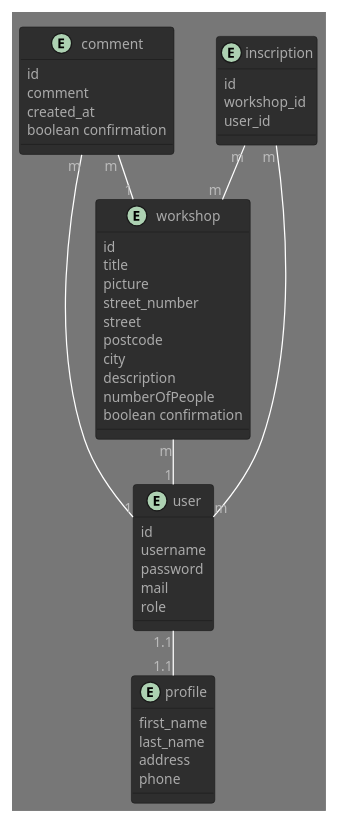
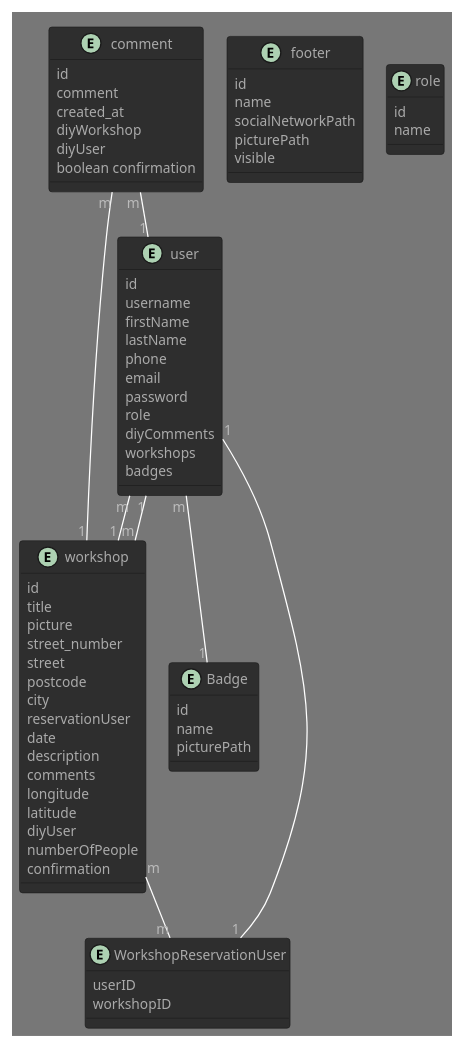
One commit to arnaudpilato/original_diy changed the diagram in original_diy_spring/database.puml. Above: the diagram before and after it, drawn with PlantUML. The commit also changed 6 other files, not shown here.

```diff
--- a/original_diy_spring/database.puml
+++ b/original_diy_spring/database.puml
@@ -1,53 +1,87 @@
 @startuml
 !pragma layout smetana
 !theme reddress-darkorange
 
 entity user {
     id
     username
+    firstName
+    lastName
+    phone
+    email
     password
-    mail
     role
-}
-
-entity profile {
-    first_name
-    last_name
-    address
-    phone
+    diyComments
+    workshops
+    badges
 }
 
 entity workshop {
     id
     title
     picture
     street_number
     street
     postcode
     city
+    reservationUser
+    date
     description
+    comments
+    longitude
+    latitude
+    diyUser
     numberOfPeople
-    boolean confirmation
+    confirmation
 }
 
 entity comment {
     id
     comment
     created_at
+    diyWorkshop
+    diyUser
     boolean confirmation
 }
 
-entity inscription {
+
+entity Badge {
     id
-    workshop_id
-    user_id
+    name
+    picturePath
 }
 
-user "1.1" -- "1.1" profile
+entity footer {
+    id
+    name
+    socialNetworkPath
+    picturePath
+    visible
+}
+
+entity role {
+    id
+    name
+
+}
+
+entity WorkshopReservationUser {
+userID
+workshopID
+
+}
+
+
+
+
+
+
+user "m" -- "1" workshop
+user "m" -- "1" Badge
 comment "m" -- "1" workshop
 comment "m" -- "1" user
-inscription "m" -- "m" user
-inscription "m" -- "m" workshop
+workshop "m" -- "m" WorkshopReservationUser
+WorkshopReservationUser "1" -- "1" user
 workshop "m" -- "1" user
 
 @enduml
```
